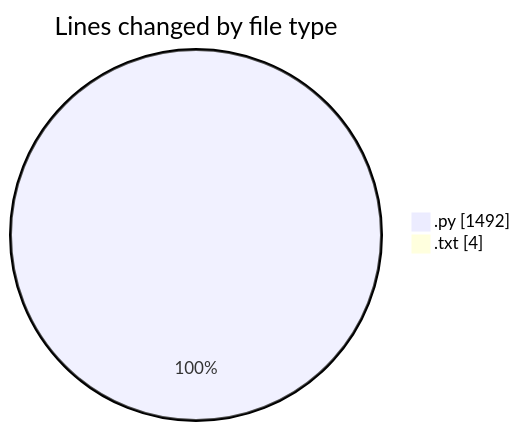
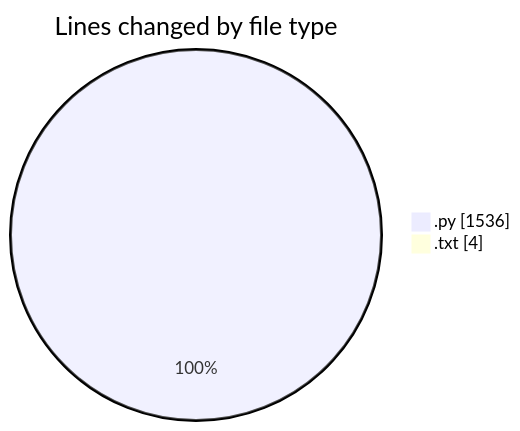
One commit to CELIANVF/code-tracking changed the first of 2 diagrams in 2025-06-01/video_app/README.md. Above: the diagram before and after it, drawn with Mermaid. The commit also changed other lines of this file and 1 other file, not shown here.

````diff
--- a/2025-06-01/video_app/README.md
+++ b/2025-06-01/video_app/README.md
@@ -26,6 +26,6 @@
 ```mermaid
 pie showData
 title Lines changed by file type
-".py" : 1492
+".py" : 1536
 ".txt" : 4
 ```
````
